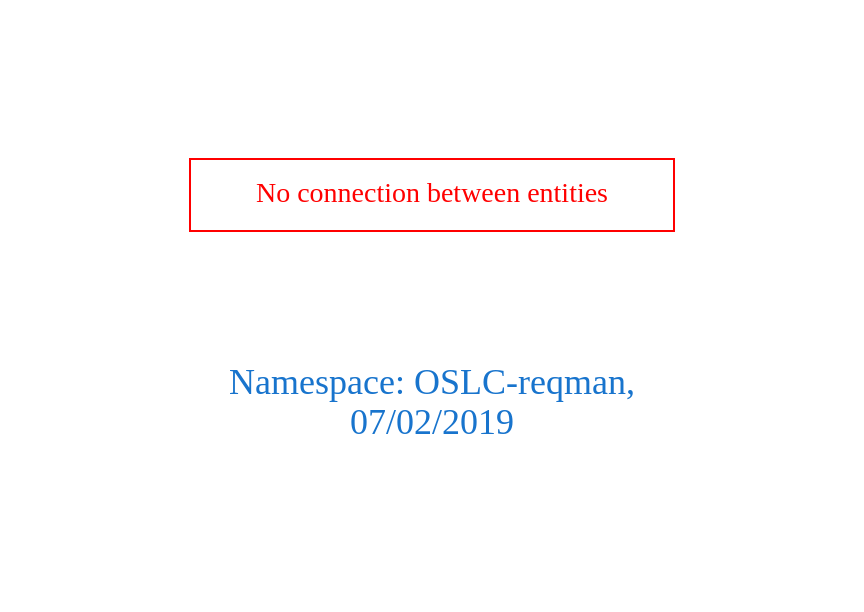
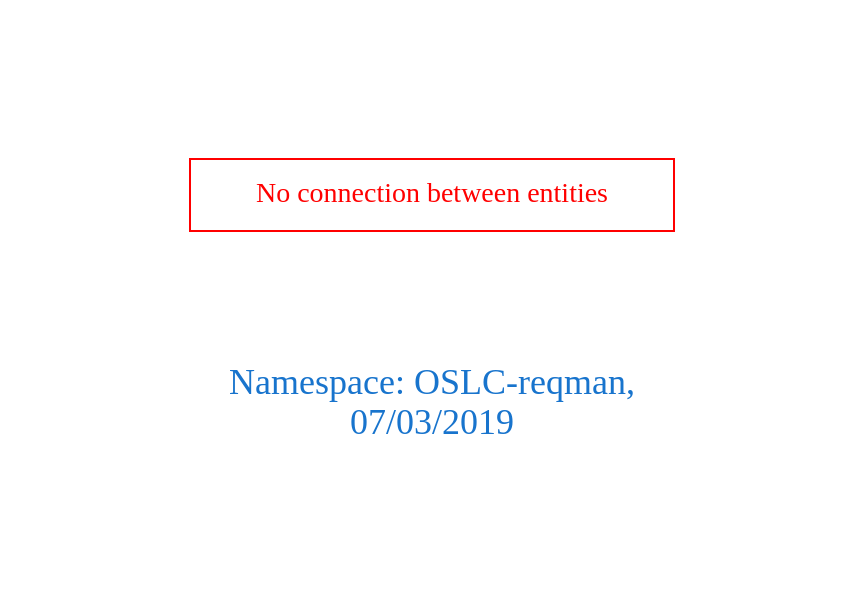
The diagram in downloads/OSLC-reqman.dot (arago/OGIT), drawn with Graphviz before and after one commit. The commit also changed 1414 other files, not shown here.

```diff
--- a/downloads/OSLC-reqman.dot
+++ b/downloads/OSLC-reqman.dot
@@ -1,9 +1,9 @@
 digraph OGIT_ontology {
  graph [ rankdir= LR,pad=1 
 fontsize = 18,
-fontcolor= dodgerblue3,label = "\n\n\nNamespace: OSLC-reqman, \n 07/02/2019"];
+fontcolor= dodgerblue3,label = "\n\n\nNamespace: OSLC-reqman, \n 07/03/2019"];
 node[shape=polygon];
 edge [  color="gray81"];
 
 "No connection between entities" [fontcolor = "red",color="red", shape="polygon"]
 }
```
